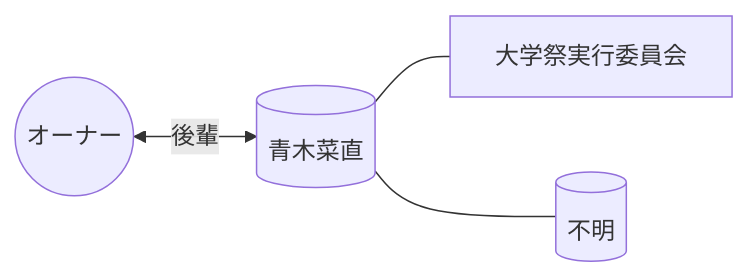
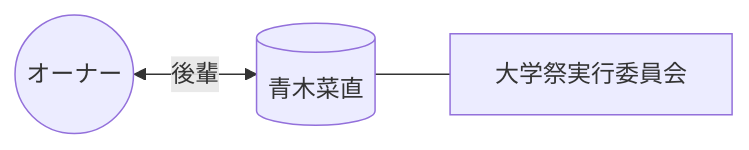
Before and after one commit to iamsaito0129-web/AI-Company: the diagram in company/hr/members/青木菜直.md, drawn with Mermaid. The commit also changed other lines of this file and 34 other files, not shown here.

````diff
--- a/company/hr/members/青木菜直.md
+++ b/company/hr/members/青木菜直.md
@@ -29,6 +30,5 @@
 ```mermaid
 graph LR
     Owner((オーナー)) <--> |後輩| Member[(青木菜直)]
     Member --- Community[大学祭実行委員会]
-    Member --- Base[(不明)]
 ```
````
